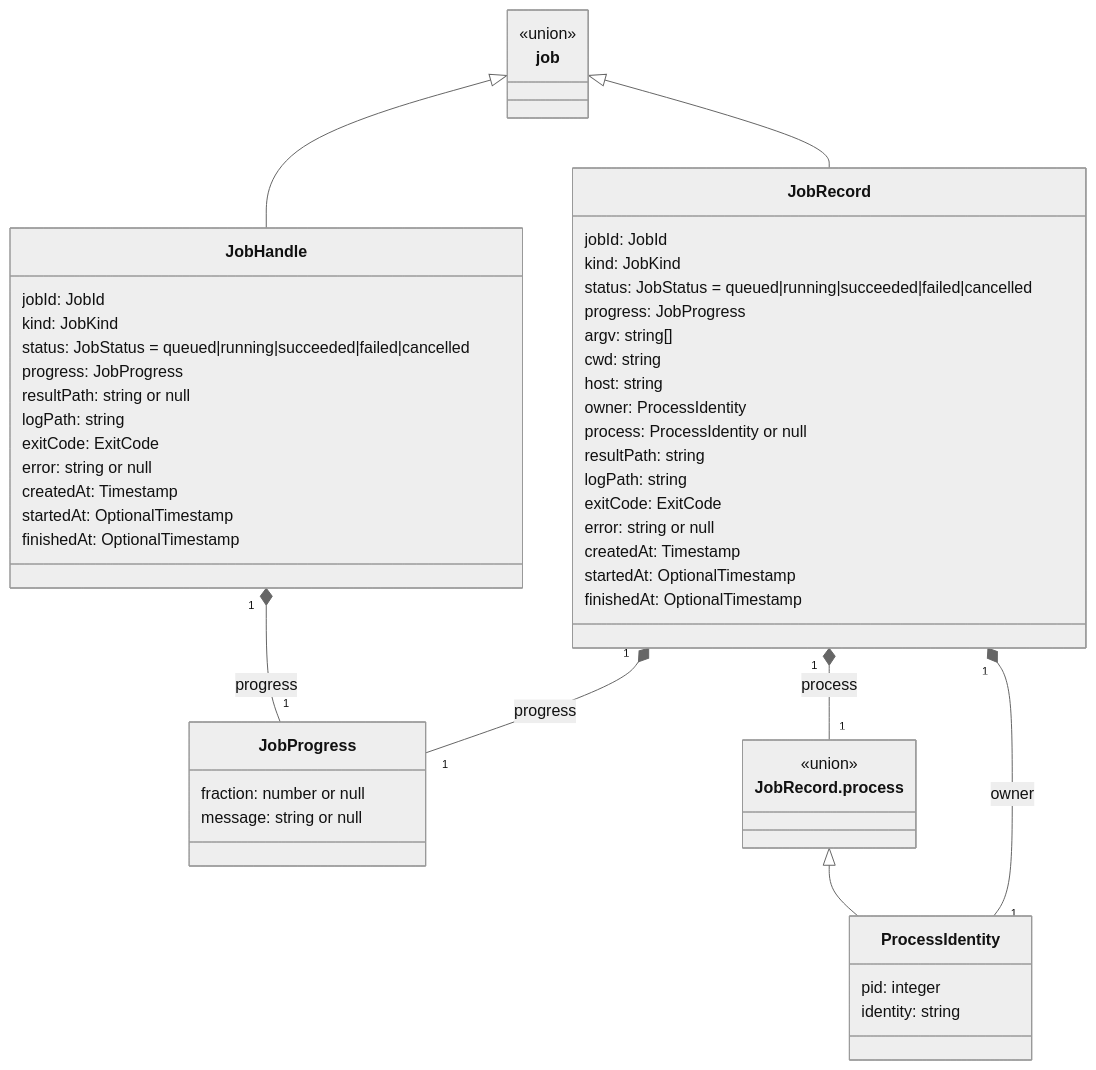
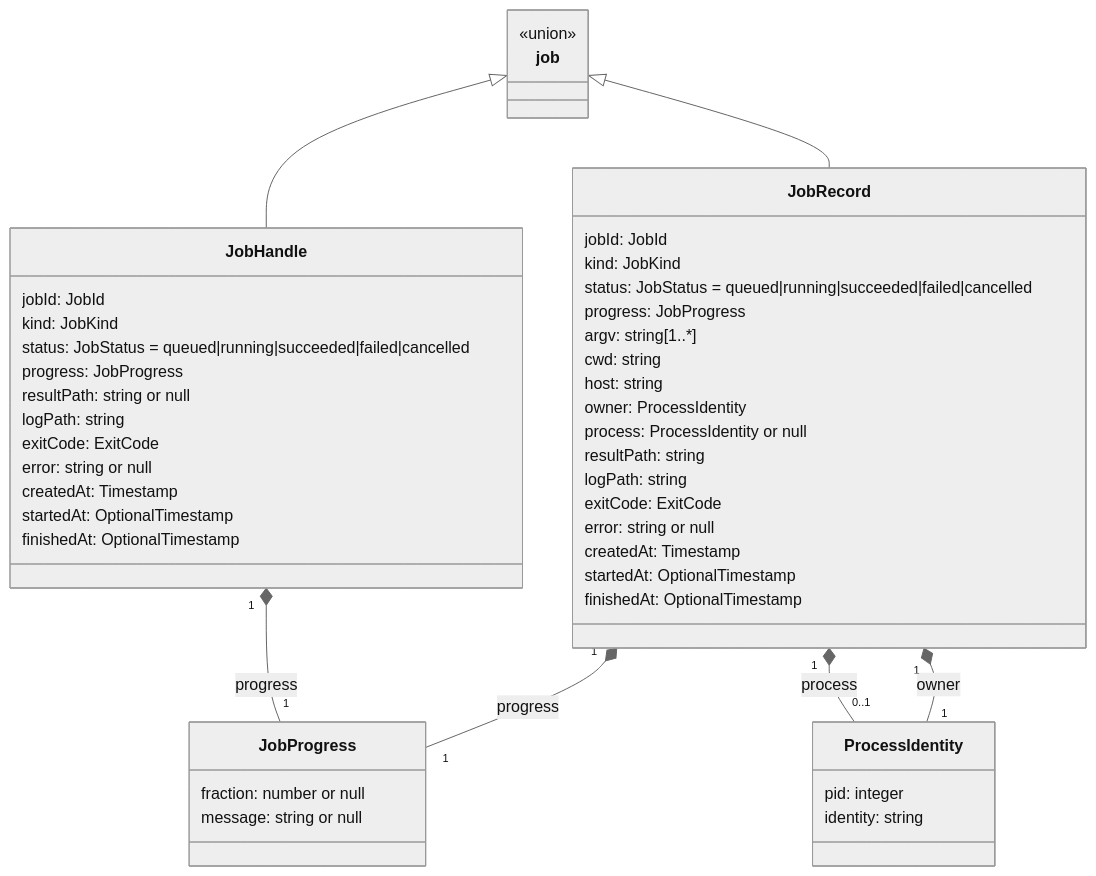
Before and after one commit to benchhand/benchhand-next: the third of 24 diagrams in docs/contract/generated/domain-model.md, drawn with Mermaid (neutral theme). The commit also changed other lines of this file and 3 other files, not shown here.

Commit message:
fix(contracts): keep nullability, typed map values, tuples and nested array bounds in the domain model, write literals as JSON, and count the overview's $refs from the schemas

````diff
--- a/docs/contract/generated/domain-model.md
+++ b/docs/contract/generated/domain-model.md
@@ -228,55 +237,51 @@
 ```mermaid
 classDiagram
     class jobs_job["job"] {
         <<union>>
     }
     class jobs_job__JobRecord["JobRecord"] {
         jobId: JobId
         kind: JobKind
         status: JobStatus = queued|running|succeeded|failed|cancelled
         progress: JobProgress
-        argv: string[]
+        argv: string[1..*]
         cwd: string
         host: string
         owner: ProcessIdentity
         process: ProcessIdentity or null
         resultPath: string
         logPath: string
         exitCode: ExitCode
         error: string or null
         createdAt: Timestamp
         startedAt: OptionalTimestamp
         finishedAt: OptionalTimestamp
     }
     class jobs_job__JobProgress["JobProgress"] {
         fraction: number or null
         message: string or null
     }
     class jobs_job__ProcessIdentity["ProcessIdentity"] {
         pid: integer
         identity: string
     }
-    class jobs_job__JobRecord__process["JobRecord.process"] {
-        <<union>>
-    }
     class jobs_job__JobHandle["JobHandle"] {
         jobId: JobId
         kind: JobKind
         status: JobStatus = queued|running|succeeded|failed|cancelled
         progress: JobProgress
         resultPath: string or null
         logPath: string
         exitCode: ExitCode
         error: string or null
         createdAt: Timestamp
         startedAt: OptionalTimestamp
         finishedAt: OptionalTimestamp
     }
     jobs_job__JobRecord "1" *-- "1" jobs_job__JobProgress : progress
     jobs_job__JobRecord "1" *-- "1" jobs_job__ProcessIdentity : owner
-    jobs_job__JobRecord__process <|-- jobs_job__ProcessIdentity
-    jobs_job__JobRecord "1" *-- "1" jobs_job__JobRecord__process : process
+    jobs_job__JobRecord "1" *-- "0..1" jobs_job__ProcessIdentity : process
     jobs_job <|-- jobs_job__JobRecord
     jobs_job__JobHandle "1" *-- "1" jobs_job__JobProgress : progress
     jobs_job <|-- jobs_job__JobHandle
 ```
````
